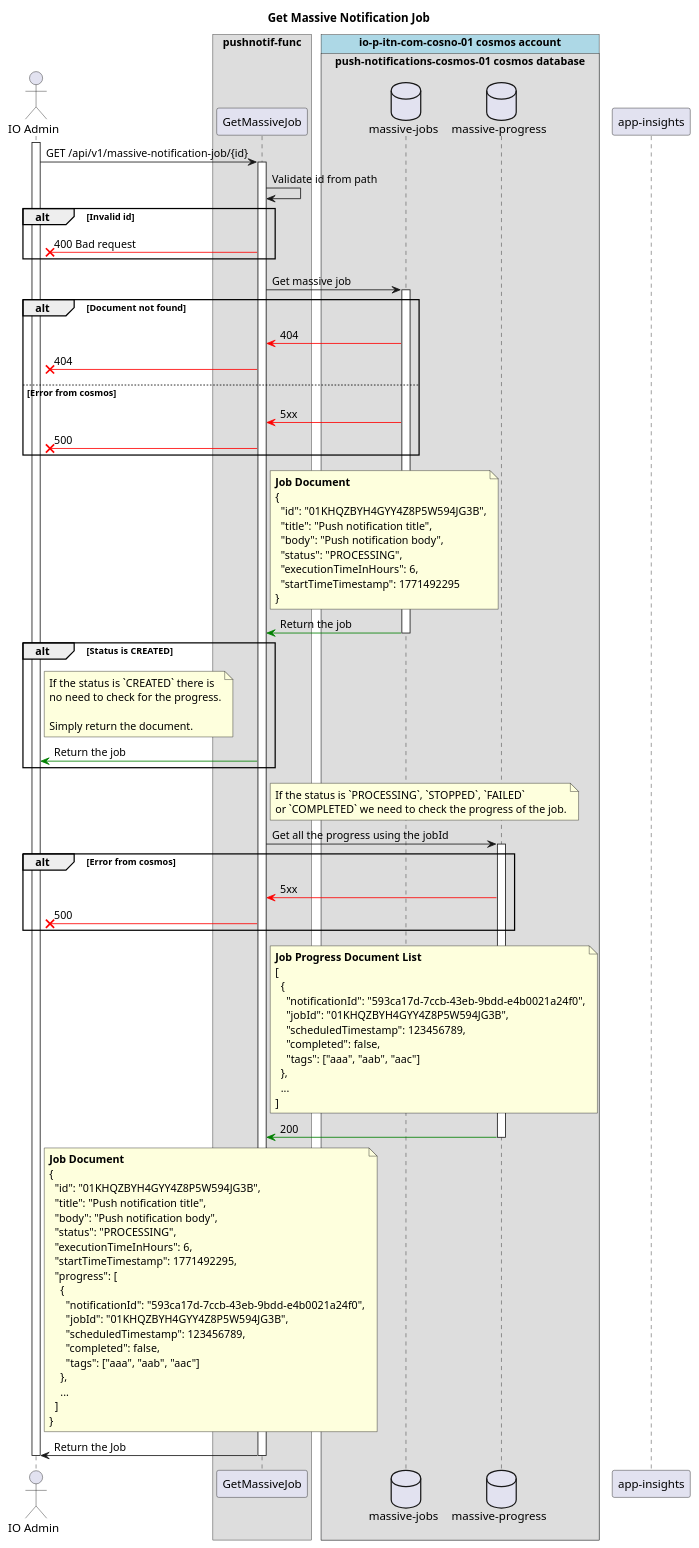
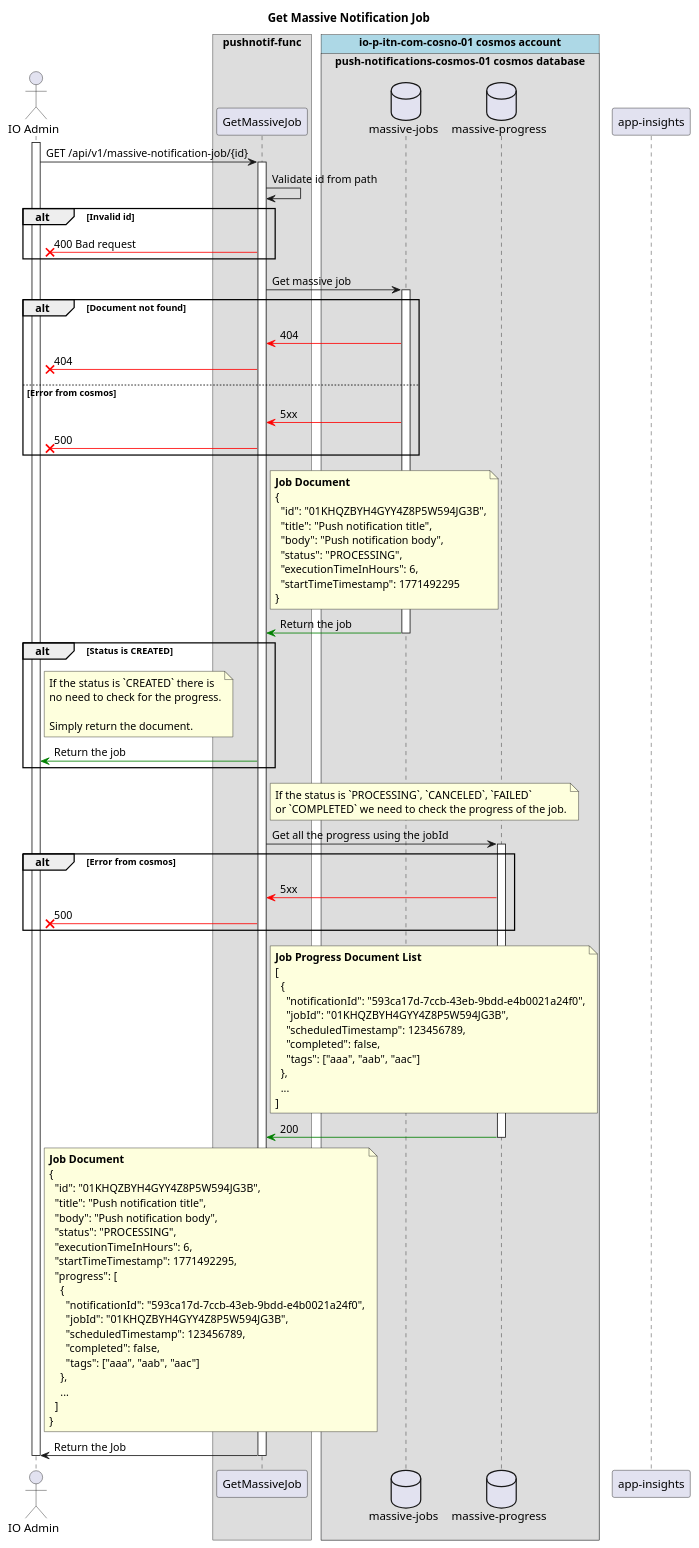
One commit to pagopa/io-messages changed the diagram in apps/pushnotif-func/docs/puml/get-massive-job.puml. Above: the diagram before and after it, drawn with PlantUML. The commit also changed 1 other file, not shown here.

Commit message:
Replace STOPPED status name with CANCELED for consistency
We are using CANCELED for the progress status so we use it for the job
as well.

```diff
--- a/apps/pushnotif-func/docs/puml/get-massive-job.puml
+++ b/apps/pushnotif-func/docs/puml/get-massive-job.puml
@@ -1,121 +1,121 @@
 @startuml
 
 title Get Massive Notification Job
 
 actor "IO Admin" as admin
 
 box "pushnotif-func"
   participant "GetMassiveJob" as gmj
 end box
 
 
 !pragma teoz true
 box "io-p-itn-com-cosno-01 cosmos account" #LightBlue
   box "push-notifications-cosmos-01 cosmos database"
     database "massive-jobs" as mj
     database "massive-progress" as mjp
   end box
 end box
 
 participant "app-insights" as ai
 
 activate admin
 admin -> gmj : GET /api/v1/massive-notification-job/{id}
 activate gmj
 
 gmj -> gmj : Validate id from path
 
 alt Invalid id
   gmj -[#red]x admin : 400 Bad request
 end
 
 gmj -> mj : Get massive job
 activate mj
 
 alt Document not found
   mj -[#red]> gmj : 404
   gmj -[#red]x admin : 404
 else Error from cosmos
   mj -[#red]> gmj : 5xx
   gmj -[#red]x admin : 500
 end
 
 note right of gmj
   **Job Document**
   {
     "id": "01KHQZBYH4GYY4Z8P5W594JG3B",
     "title": "Push notification title",
     "body": "Push notification body",
     "status": "PROCESSING",
     "executionTimeInHours": 6,
     "startTimeTimestamp": 1771492295
   }
 end note
 mj -[#green]> gmj : Return the job
 deactivate mj
 
 alt Status is CREATED
   note right of admin
     If the status is `CREATED` there is
     no need to check for the progress.
 
     Simply return the document.
   end note
   gmj -[#green]> admin : Return the job
 end
 
 note right of gmj
-  If the status is `PROCESSING`, `STOPPED`, `FAILED`
+  If the status is `PROCESSING`, `CANCELED`, `FAILED`
   or `COMPLETED` we need to check the progress of the job.
 end note
 
 gmj -> mjp : Get all the progress using the jobId
 activate mjp
 alt Error from cosmos
   mjp -[#red]> gmj : 5xx
   gmj -[#red]x admin : 500
 end
 
 note right of gmj
   **Job Progress Document List**
   [
     {
       "notificationId": "593ca17d-7ccb-43eb-9bdd-e4b0021a24f0",
       "jobId": "01KHQZBYH4GYY4Z8P5W594JG3B",
       "scheduledTimestamp": 123456789,
       "completed": false,
       "tags": ["aaa", "aab", "aac"]
     },
     ...
   ]
 end note
 mjp -[#green]> gmj : 200
 deactivate mjp
 
 note right of admin
   **Job Document**
   {
     "id": "01KHQZBYH4GYY4Z8P5W594JG3B",
     "title": "Push notification title",
     "body": "Push notification body",
     "status": "PROCESSING",
     "executionTimeInHours": 6,
     "startTimeTimestamp": 1771492295,
     "progress": [
       {
         "notificationId": "593ca17d-7ccb-43eb-9bdd-e4b0021a24f0",
         "jobId": "01KHQZBYH4GYY4Z8P5W594JG3B",
         "scheduledTimestamp": 123456789,
         "completed": false,
         "tags": ["aaa", "aab", "aac"]
       },
       ...
     ]
   }
 end note
 gmj -> admin : Return the Job
 
 deactivate gmj
 deactivate admin
 
 @enduml
```
